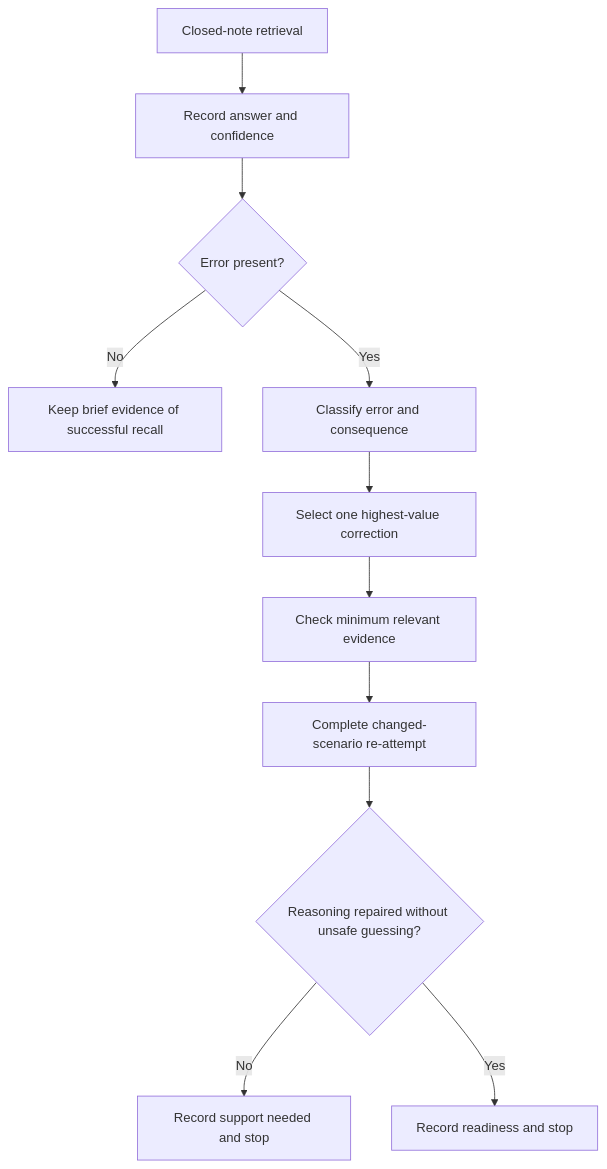
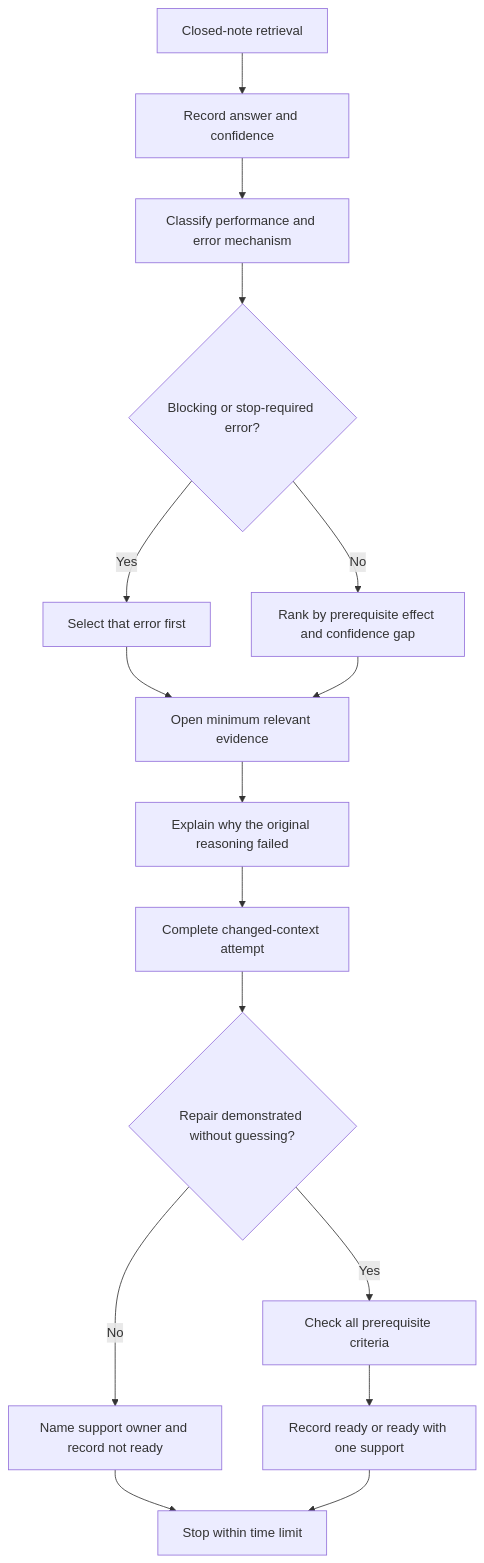
One commit to andrew3stedall/capstone changed the first of 2 diagrams in docs/learning-plans/12-week/modules/day-05-rest-retrieval-and-source-navigation-correction.md. Above: the diagram before and after it, drawn with Mermaid. The commit also changed other lines of this file, not shown here.

````diff
--- a/docs/learning-plans/12-week/modules/day-05-rest-retrieval-and-source-navigation-correction.md
+++ b/docs/learning-plans/12-week/modules/day-05-rest-retrieval-and-source-navigation-correction.md
@@ -124,13 +153,18 @@
 ```mermaid
 flowchart TD
     A["Closed-note retrieval"] --> B["Record answer and confidence"]
-    B --> C{"Error present?"}
-    C -->|"No"| D["Keep brief evidence of successful recall"]
-    C -->|"Yes"| E["Classify error and consequence"]
-    E --> F["Select one highest-value correction"]
-    F --> G["Check minimum relevant evidence"]
-    G --> H["Complete changed-scenario re-attempt"]
-    H --> I{"Reasoning repaired without unsafe guessing?"}
-    I -->|"No"| J["Record support needed and stop"]
-    I -->|"Yes"| K["Record readiness and stop"]
+    B --> C["Classify performance and error mechanism"]
+    C --> D{"Blocking or stop-required error?"}
+    D -->|"Yes"| E["Select that error first"]
+    D -->|"No"| F["Rank by prerequisite effect and confidence gap"]
+    E --> G["Open minimum relevant evidence"]
+    F --> G
+    G --> H["Explain why the original reasoning failed"]
+    H --> I["Complete changed-context attempt"]
+    I --> J{"Repair demonstrated without guessing?"}
+    J -->|"No"| K["Name support owner and record not ready"]
+    J -->|"Yes"| L["Check all prerequisite criteria"]
+    L --> M["Record ready or ready with one support"]
+    K --> N["Stop within time limit"]
+    M --> N
 ```
````
